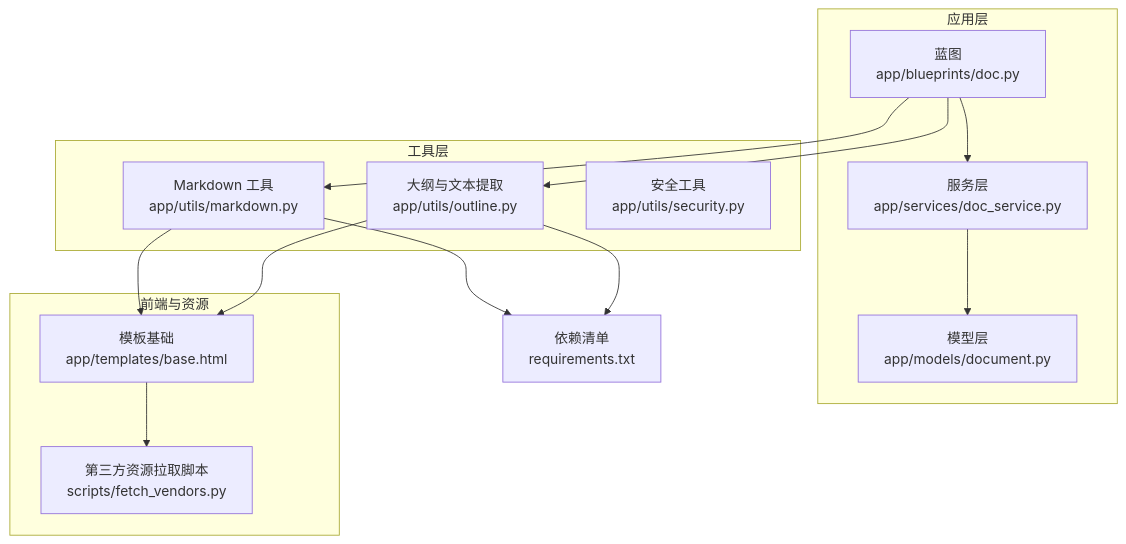
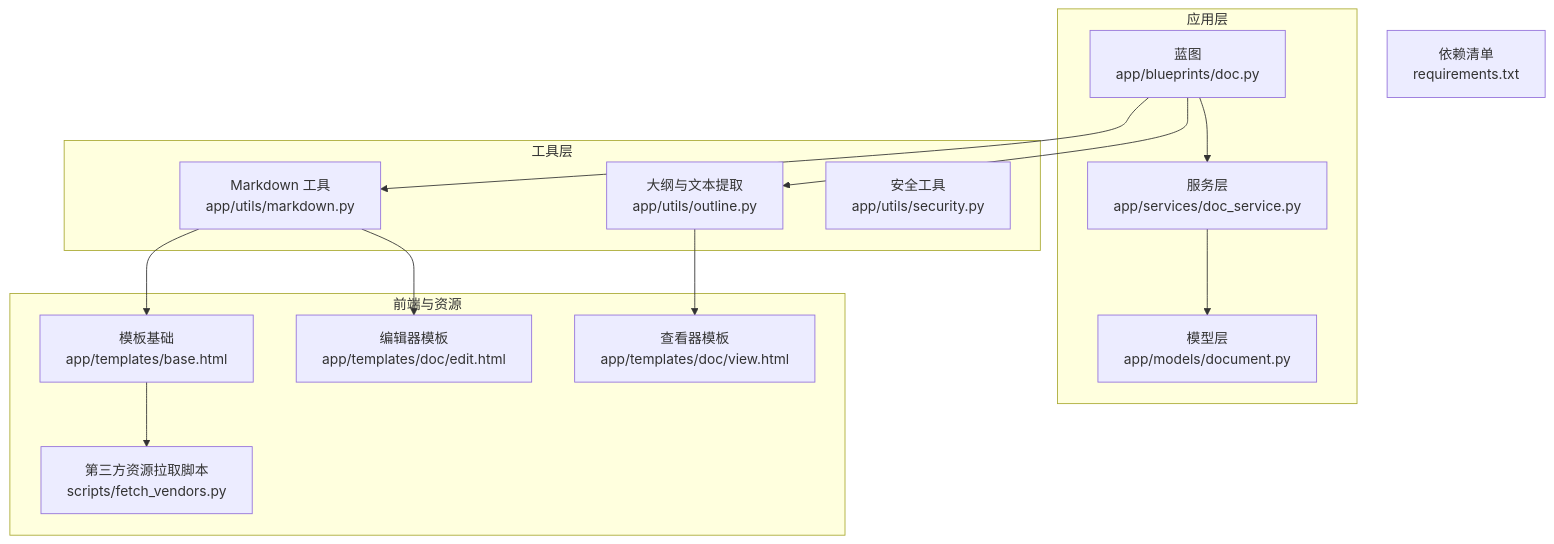
Before and after one commit to beyondalbert/my_wiki: the first of 9 diagrams in .qoder/repowiki/zh/content/核心模块/文档管理系统/内容处理工具.md, drawn with Mermaid. The commit also changed other lines of this file and 9 other files, not shown here.

````diff
--- a/.qoder/repowiki/zh/content/核心模块/文档管理系统/内容处理工具.md
+++ b/.qoder/repowiki/zh/content/核心模块/文档管理系统/内容处理工具.md
@@ -39,27 +50,28 @@
 ```mermaid
 graph TB
 subgraph "应用层"
 BP["蓝图<br/>app/blueprints/doc.py"]
 SVC["服务层<br/>app/services/doc_service.py"]
 MOD["模型层<br/>app/models/document.py"]
 end
 subgraph "工具层"
 MD["Markdown 工具<br/>app/utils/markdown.py"]
 OUT["大纲与文本提取<br/>app/utils/outline.py"]
 SEC["安全工具<br/>app/utils/security.py"]
 end
 subgraph "前端与资源"
 TPL["模板基础<br/>app/templates/base.html"]
+EDIT["编辑器模板<br/>app/templates/doc/edit.html"]
+VIEW["查看器模板<br/>app/templates/doc/view.html"]
 VEND["第三方资源拉取脚本<br/>scripts/fetch_vendors.py"]
 end
 REQ["依赖清单<br/>requirements.txt"]
 BP --> SVC
 SVC --> MOD
 BP --> OUT
 BP --> MD
 MD --> TPL
-OUT --> TPL
-MD --> REQ
-OUT --> REQ
+OUT --> VIEW
+MD --> EDIT
 TPL --> VEND
 ```
````
